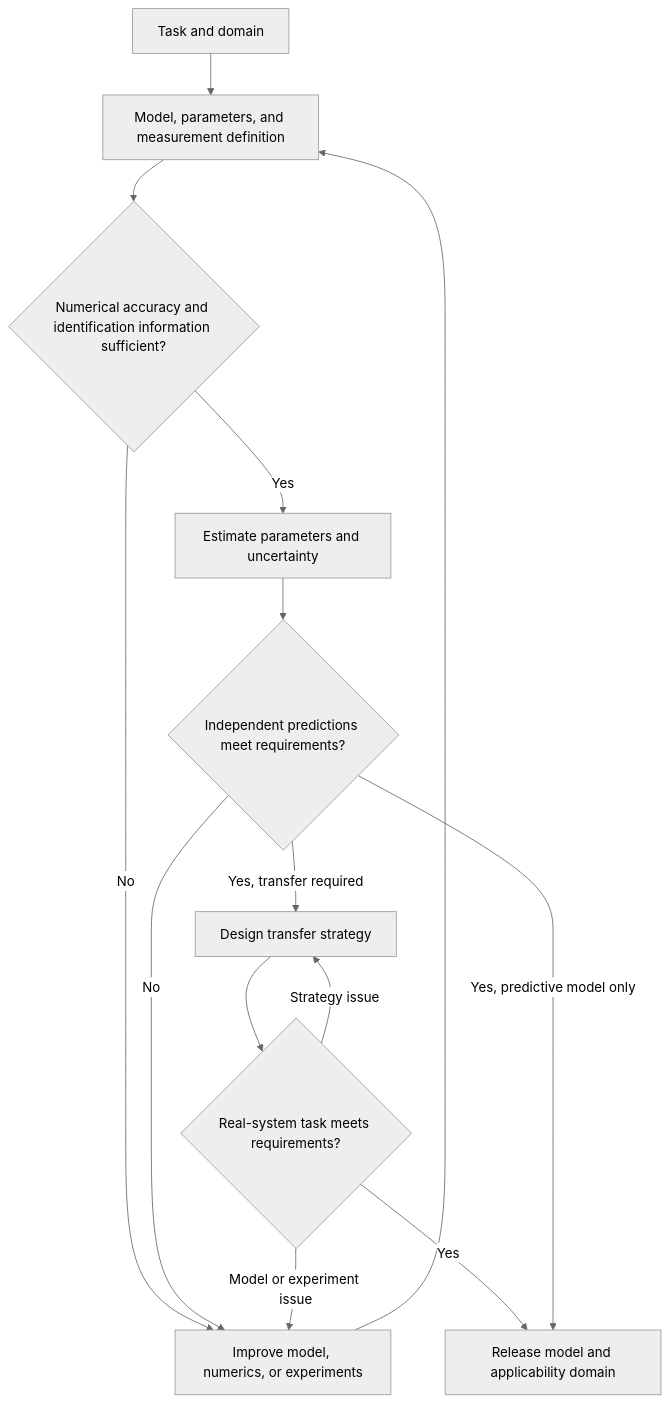
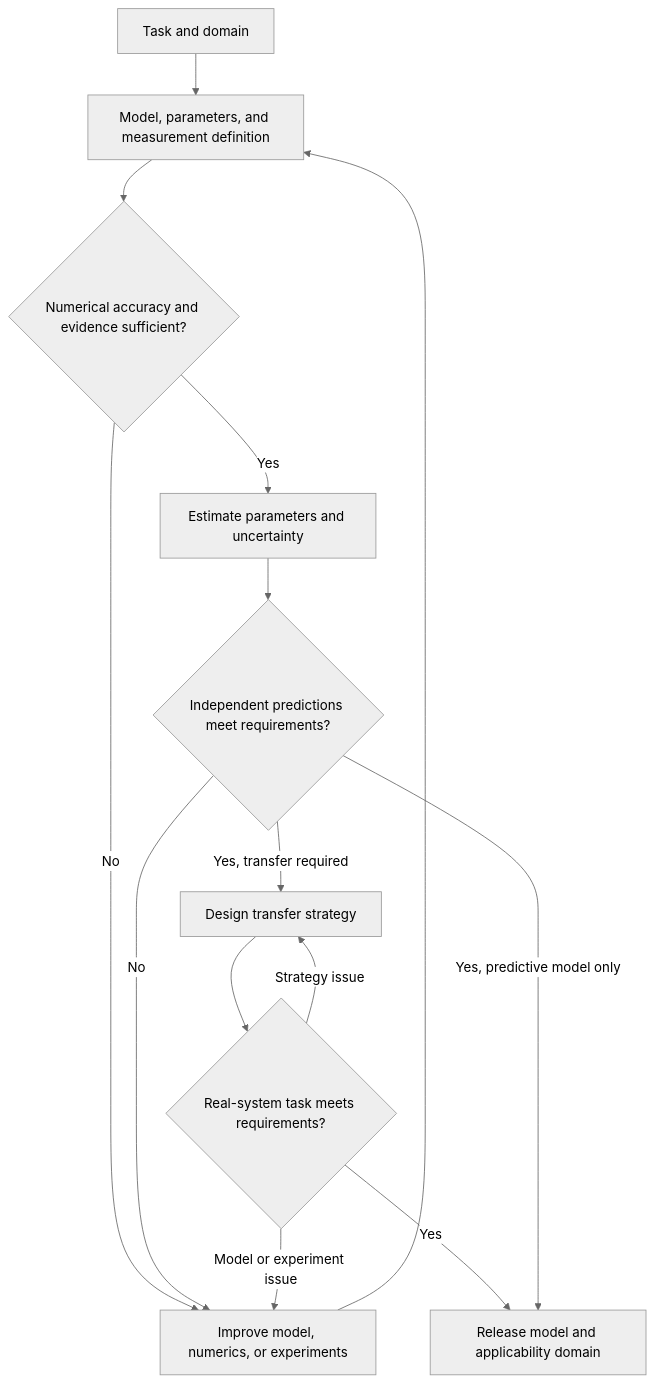
One commit to SamdianJ/newton-calibration-public changed the diagram in docs/calibration-guide.md. Above: the diagram before and after it, drawn with Mermaid (neutral theme). The commit also changed other lines of this file and 8 other files, not shown here.

````diff
--- a/docs/calibration-guide.md
+++ b/docs/calibration-guide.md
@@ -79,16 +100,16 @@
 ```mermaid
 flowchart TD
     A["Task and domain"] --> B["Model, parameters, and measurement definition"]
-    B --> C{"Numerical accuracy and identification information sufficient?"}
+    B --> C{"Numerical accuracy and evidence sufficient?"}
     C -->|No| D["Improve model, numerics, or experiments"]
     D --> B
     C -->|Yes| E["Estimate parameters and uncertainty"]
     E --> F{"Independent predictions meet requirements?"}
     F -->|No| D
     F -->|Yes, transfer required| G["Design transfer strategy"]
     G --> H{"Real-system task meets requirements?"}
     H -->|Model or experiment issue| D
     H -->|Strategy issue| G
     H -->|Yes| I["Release model and applicability domain"]
     F -->|Yes, predictive model only| I
 ```
````
